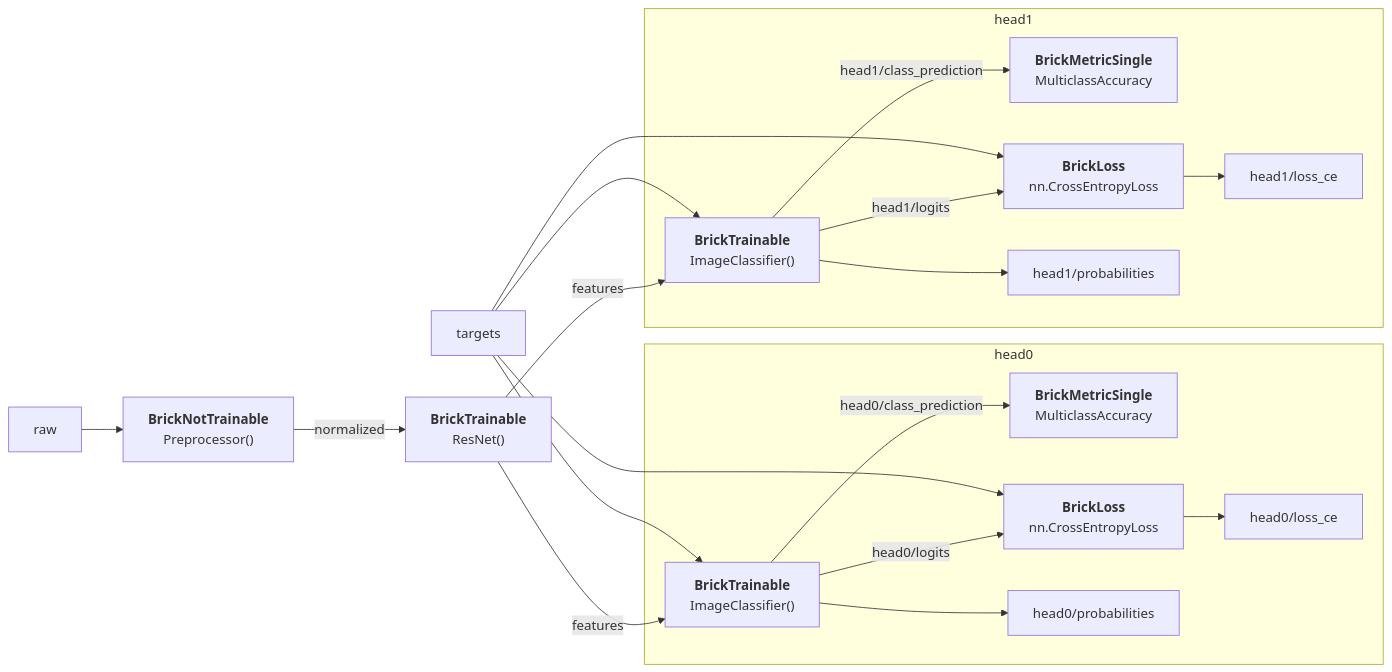
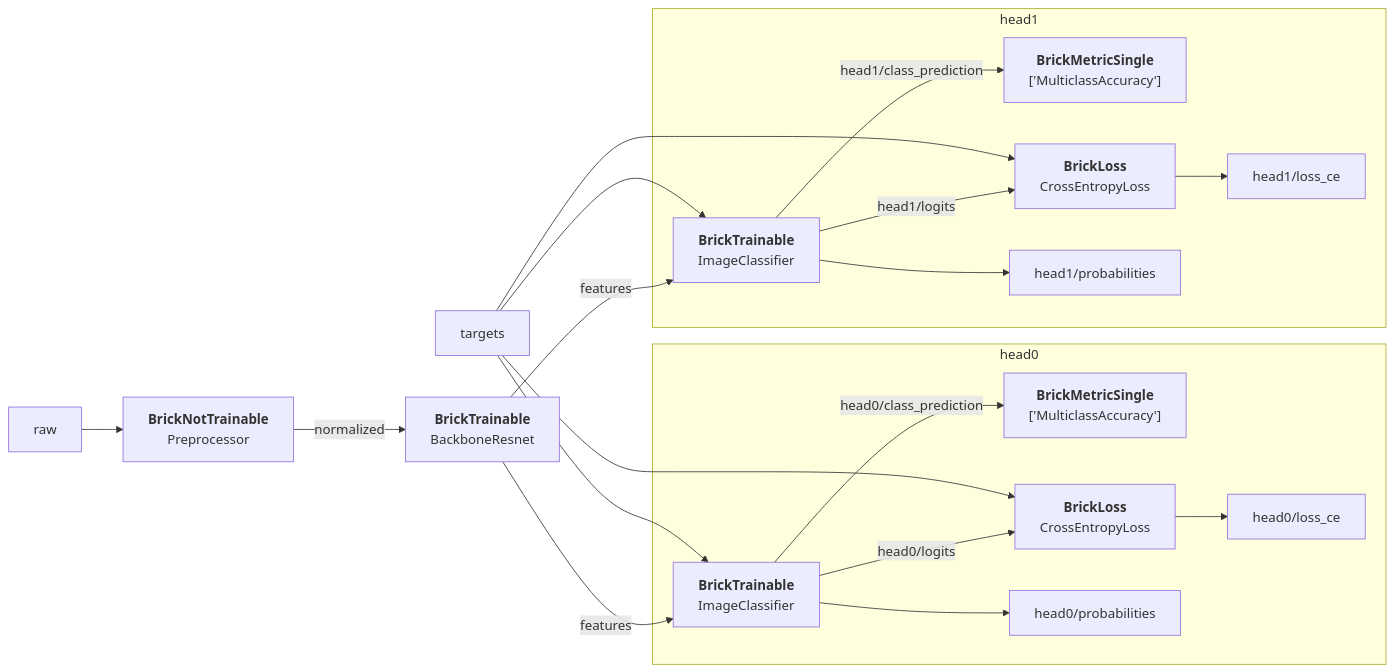
The fifth of 6 diagrams in README.md (pete-machine/torchbricks), drawn with Mermaid before and after one commit. The commit also changed other lines of this file and 6 other files, not shown here.

Commit message:
Adding make mermaid graph funtcionality

```````diff
--- a/README.md
+++ b/README.md
@@ -420,49 +482,39 @@
 ```mermaid
 flowchart LR
 
-    preprocessor["`**BrickNotTrainable**
-    Preprocessor()`"] 
-
-    backbone["`**BrickTrainable**
-    ResNet()`"] 
-    
-    head0/classifier["`**BrickTrainable**
-        ImageClassifier()`"]
-    head0/accuracy["`**BrickMetricSingle**
-        MulticlassAccuracy`"]
-    head0/loss["`**BrickLoss**
-        nn.CrossEntropyLoss`"]
-    
-    head1/classifier["`**BrickTrainable**
-        ImageClassifier()`"]
-    head1/accuracy["`**BrickMetricSingle**
-        MulticlassAccuracy`"]
-    head1/loss["`**BrickLoss**
-        nn.CrossEntropyLoss`"]
+    %% Define bricks
+    preprocessor["<strong>BrickNotTrainable</strong><br>Preprocessor"]
+    backbone["<strong>BrickTrainable</strong><br>BackboneResnet"]
+    head0/classifier["<strong>BrickTrainable</strong><br>ImageClassifier"]
+    head0/accuracy["<strong>BrickMetricSingle</strong><br>['MulticlassAccuracy']"]
+    head0/loss["<strong>BrickLoss</strong><br>CrossEntropyLoss"]
+    head1/classifier["<strong>BrickTrainable</strong><br>ImageClassifier"]
+    head1/accuracy["<strong>BrickMetricSingle</strong><br>['MulticlassAccuracy']"]
+    head1/loss["<strong>BrickLoss</strong><br>CrossEntropyLoss"]
 
     %% Inputs %%
     targets --> head0/loss & head0/classifier & head1/loss & head1/classifier
     raw --> preprocessor
     %% inputs -- targets --> head0/loss & head0/classifier & head1/loss & head1/classifier
     %% inputs -- raw --> preprocessor
 
     %% Preprocessor: Connected to
     preprocessor -- normalized -->backbone
     
     %% backbone: Connected to
     backbone -- features --> head0/classifier & head1/classifier
 
     subgraph head0
         head0/classifier -- head0/class_prediction --> head0/accuracy
         head0/classifier --> head0/probabilities
         head0/classifier -- head0/logits --> head0/loss
         head0/loss --> head0/loss_ce
         
     end
     subgraph head1
         head1/classifier -- head1/class_prediction --> head1/accuracy
         head1/classifier --> head1/probabilities
         head1/classifier -- head1/logits --> head1/loss
         head1/loss --> head1/loss_ce
     end    
 ``````
```````
